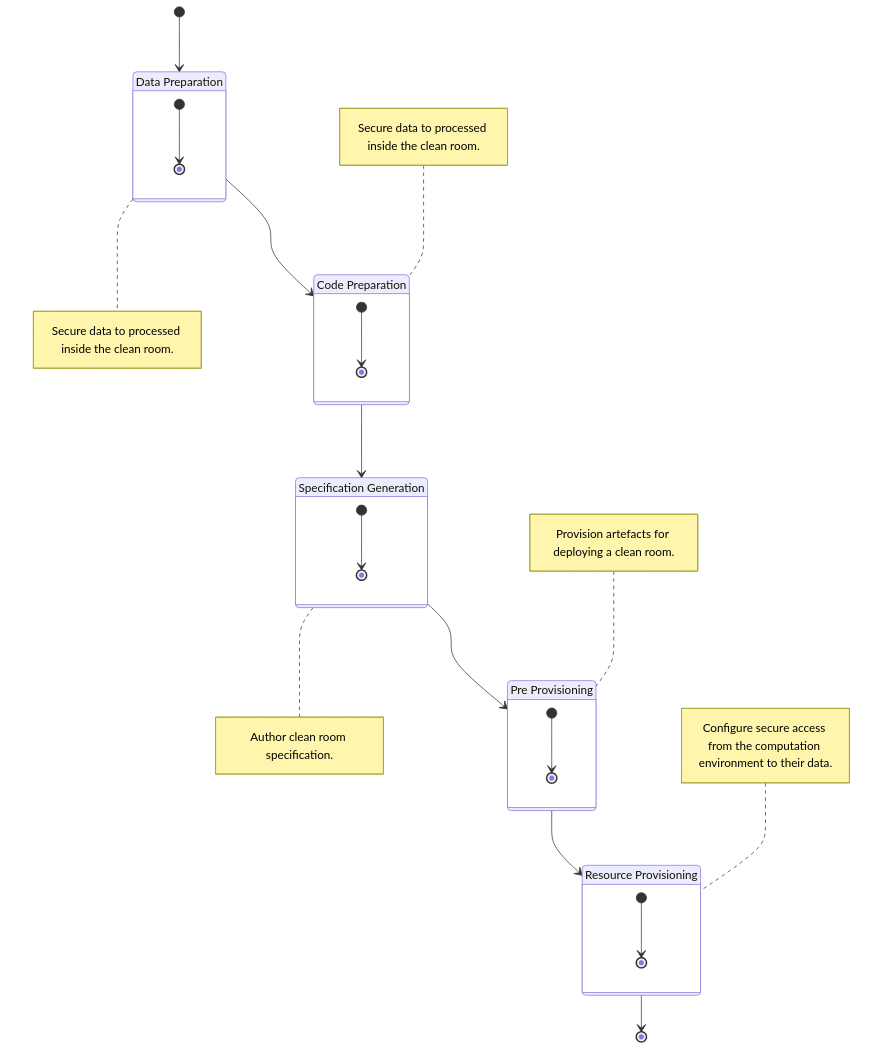
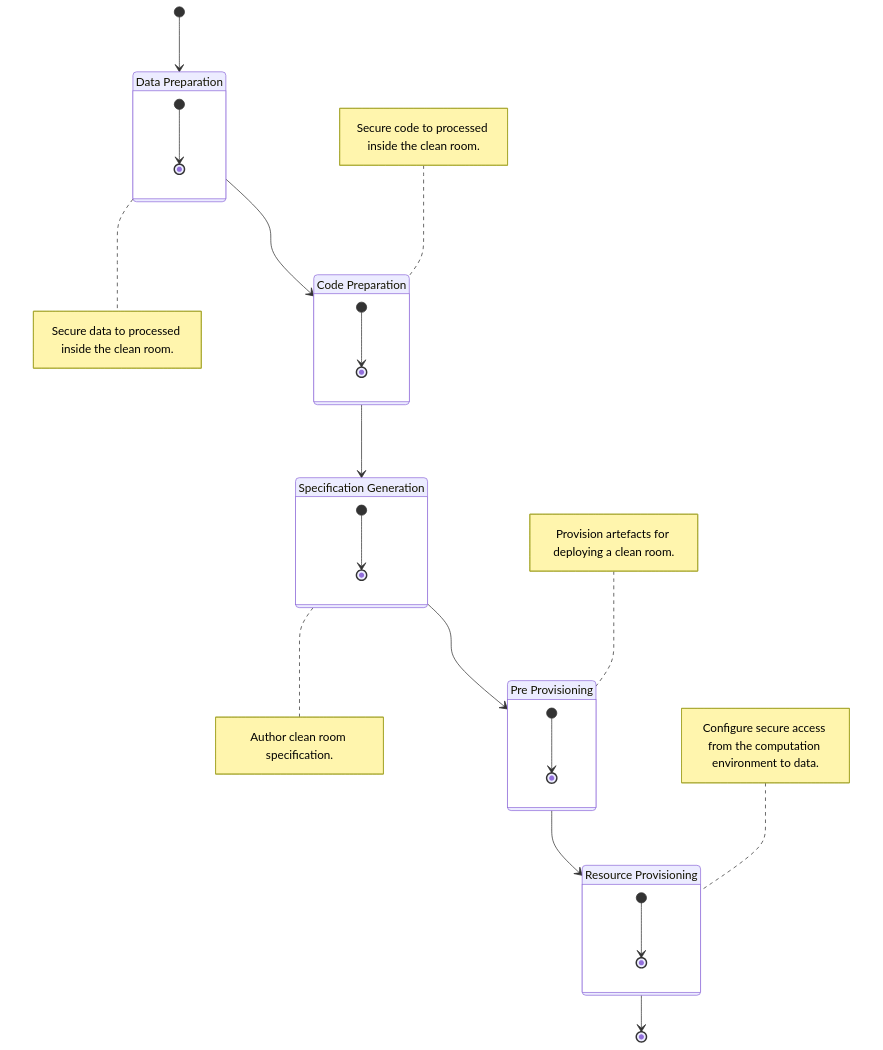
The second of 11 diagrams in docs/public/user_flow.md (PhaniChiruvolu/azure-cleanroom), drawn with Mermaid before and after one commit. The commit also changed other lines of this file, not shown here.

Commit message:
Trying out graphs for user flow.

````diff
--- a/docs/public/user_flow.md
+++ b/docs/public/user_flow.md
@@ -37,51 +64,51 @@
 ```mermaid
 stateDiagram-v2
     direction TB
     DataPrep: Data Preparation
     CodePrep: Code Preparation
     GenerateSpec: Specification Generation
     PreProvision: Pre Provisioning
     ResourceProvision: Resource Provisioning
 
     [*] --> DataPrep
     state DataPrep {
         [*] --> [*]
     }
     note right of DataPrep
         Secure data to processed inside the clean room.
     end note
 
     state CodePrep {
         [*] --> [*]
     }
     note left of CodePrep
-        Secure data to processed inside the clean room.
+        Secure code to processed inside the clean room.
     end note
 
     state GenerateSpec {
         [*] --> [*]
     }
     note right of GenerateSpec
         Author clean room specification.
     end note
 
     state PreProvision {
         [*] --> [*]
     }
     note left of PreProvision
         Provision artefacts for deploying a clean room.
     end note
 
     state ResourceProvision {
         [*] --> [*]
     }
     note left of ResourceProvision
-        Configure secure access from the computation environment to their data.
+        Configure secure access from the computation environment to data.
     end note
 
     DataPrep --> CodePrep
     CodePrep --> GenerateSpec
     GenerateSpec --> PreProvision
     PreProvision --> ResourceProvision
     ResourceProvision --> [*]
 ```
````
